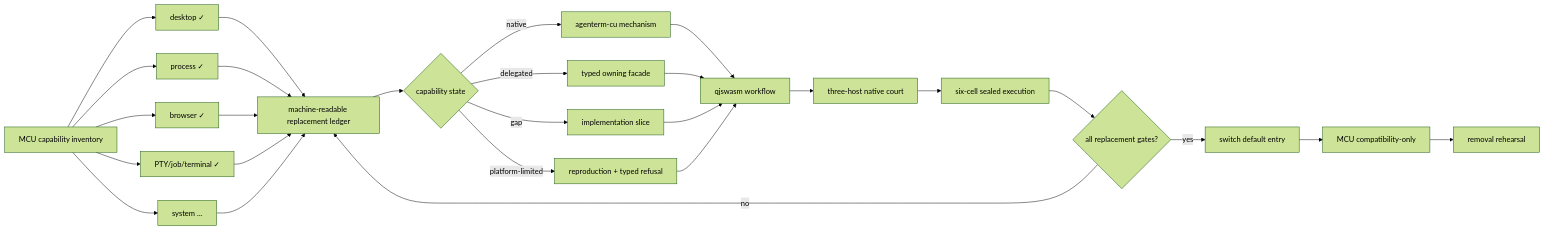
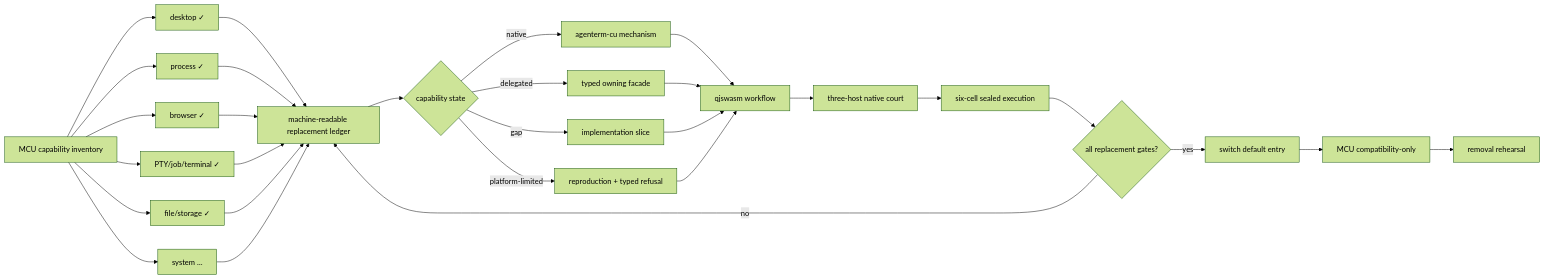
The diagram in plan/goal-acu-replaces-mcu.md (partnernetsoftware/agenterm), drawn with Mermaid (forest theme) before and after one commit. The commit also changed other lines of this file and 2 other files, not shown here.

Commit message:
plan(cu): classify file storage surface

````diff
--- a/plan/goal-acu-replaces-mcu.md
+++ b/plan/goal-acu-replaces-mcu.md
@@ -61,22 +61,22 @@
 ```mermaid
 flowchart LR
   M["MCU capability inventory"]
-  M --> DESK["desktop ✓"] & PROC["process ✓"] & BROW["browser ✓"] & PTY["PTY/job/terminal ✓"] & REST["system …"]
-  DESK & PROC & BROW & PTY & REST --> L["machine-readable replacement ledger"]
+  M --> DESK["desktop ✓"] & PROC["process ✓"] & BROW["browser ✓"] & PTY["PTY/job/terminal ✓"] & FILE["file/storage ✓"] & REST["system …"]
+  DESK & PROC & BROW & PTY & FILE & REST --> L["machine-readable replacement ledger"]
   L --> C{"capability state"}
   C -->|native| CU["agenterm-cu mechanism"]
   C -->|delegated| F["typed owning facade"]
   C -->|gap| I["implementation slice"]
   C -->|platform-limited| P["reproduction + typed refusal"]
   CU --> Q["qjswasm workflow"]
   F --> Q
   I --> Q
   P --> Q
   Q --> H["three-host native court"]
   H --> S["six-cell sealed execution"]
   S --> D{"all replacement gates?"}
   D -->|no| L
   D -->|yes| R["switch default entry"]
   R --> X["MCU compatibility-only"]
   X --> Z["removal rehearsal"]
 ```
````
